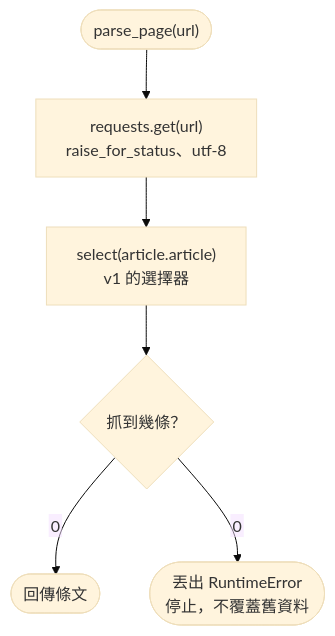
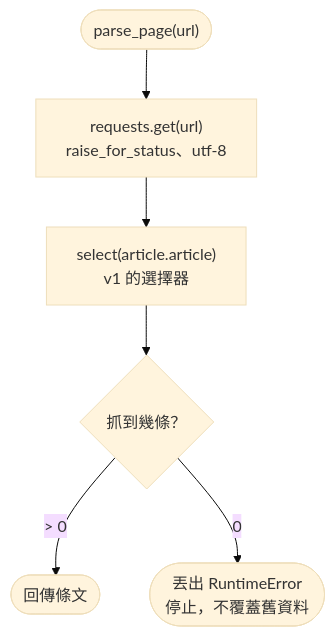
One commit to 4-learn/python-web-crawler-demo changed the first of 3 diagrams in docs/15.md. Above: the diagram before and after it, drawn with Mermaid (base theme). The commit also changed other lines of this file, not shown here.

````diff
--- a/docs/15.md
+++ b/docs/15.md
@@ -70,9 +79,8 @@
 ```mermaid
-%%{init: {"flowchart": {"htmlLabels": false}}}%%
 flowchart TD
     A(["parse_page(url)"]) --> B["requests.get(url)<br/>raise_for_status、utf-8"]
     B --> C["select(article.article)<br/>v1 的選擇器"]
     C --> D{抓到幾條？}
     D -->|"> 0"| E([回傳條文])
     D -->|0| F(["丟出 RuntimeError<br/>停止，不覆蓋舊資料"])
 ```
````
